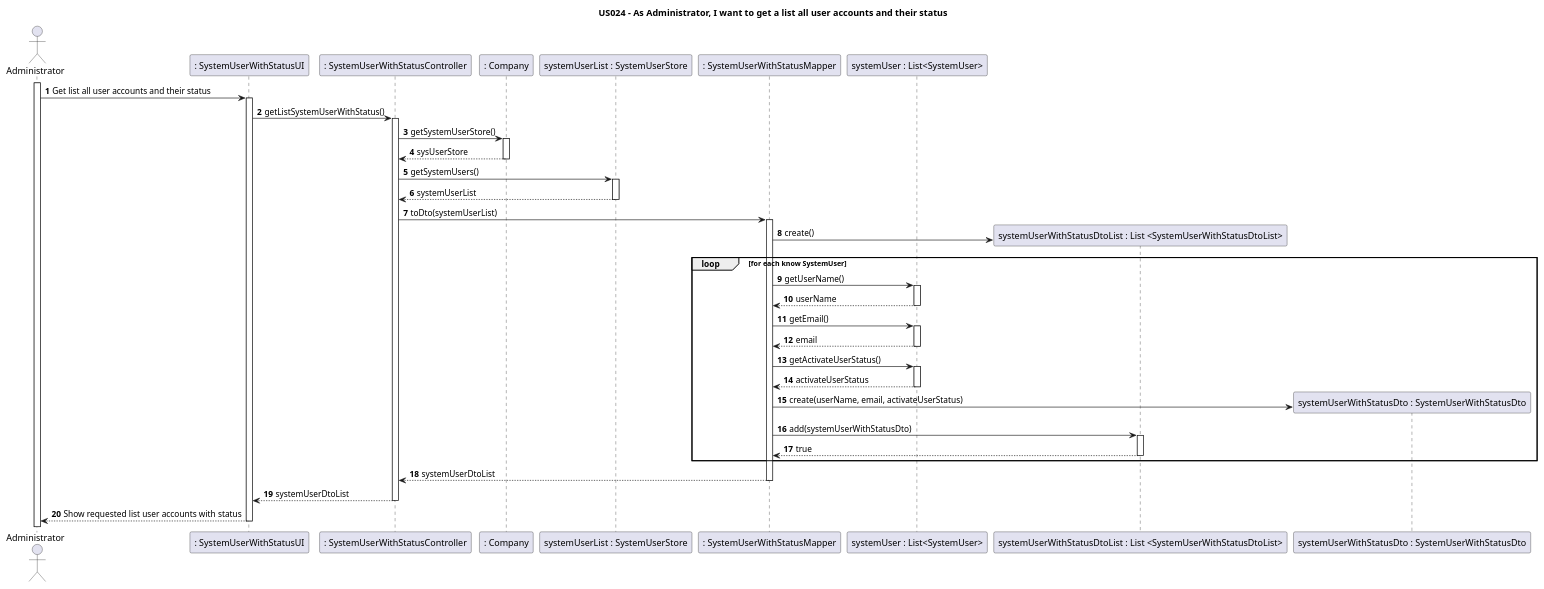
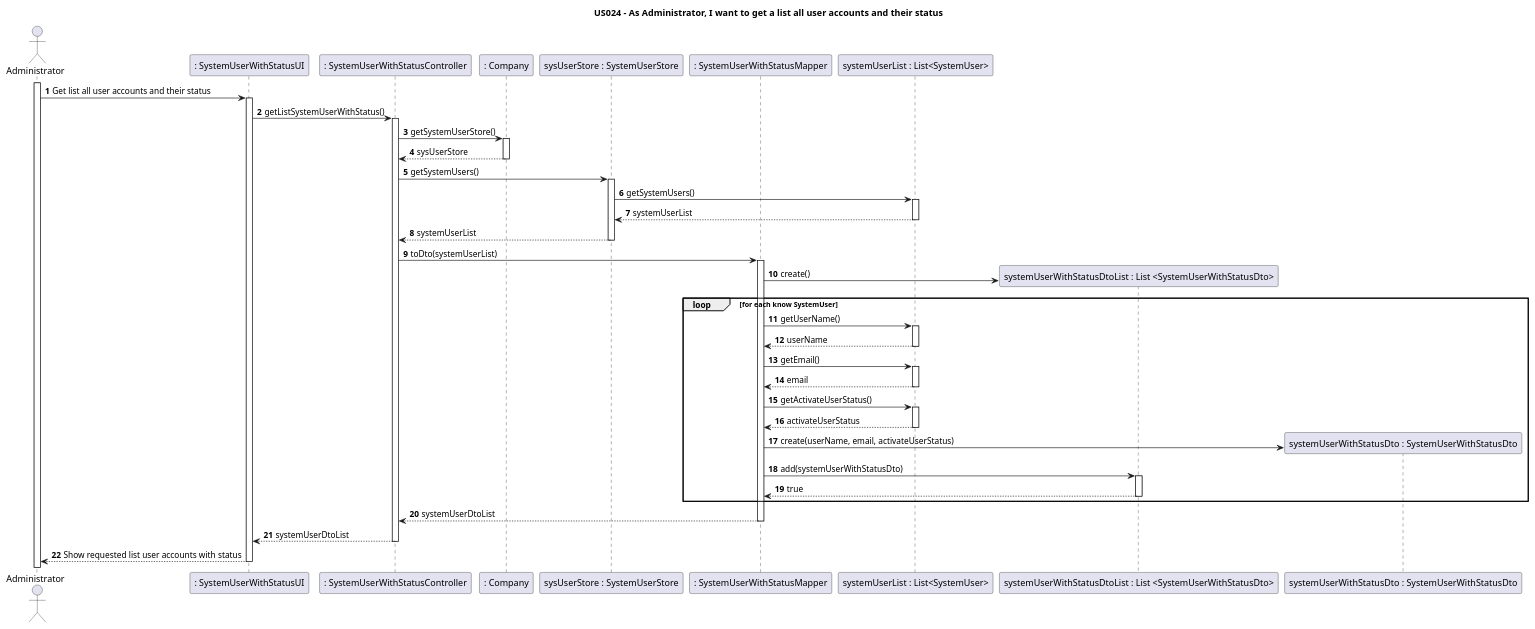
Before and after one commit to nunogon1211787/projectManagement: the diagram in docs/Sprint3/US024/US024-SD.puml, drawn with PlantUML. The commit also changed 3 other files, not shown here.

```diff
--- a/docs/Sprint3/US024/US024-SD.puml
+++ b/docs/Sprint3/US024/US024-SD.puml
@@ -1,49 +1,52 @@
 @startuml
 'https://plantuml.com/sequence-diagram
 
 title US024 - As Administrator, I want to get a list all user accounts and their status
 
 autoactivate on
 autonumber
 
 actor "Administrator" as User
 participant ": SystemUserWithStatusUI" as System
 participant ": SystemUserWithStatusController" as Ctrl
 participant ": Company" as C1
-participant "systemUserList : SystemUserStore" as C2
+participant "sysUserStore : SystemUserStore" as C2
 participant ": SystemUserWithStatusMapper" as C3
-participant "systemUser : List<SystemUser>" as C4
-participant "systemUserWithStatusDtoList : List <SystemUserWithStatusDtoList>" as C5
+participant "systemUserList : List<SystemUser>" as C4
+participant "systemUserWithStatusDtoList : List <SystemUserWithStatusDto>" as C5
 participant "systemUserWithStatusDto : SystemUserWithStatusDto" as C6
 
 
 
 
 activate User
 
 User -> System: Get list all user accounts and their status
 System -> Ctrl: getListSystemUserWithStatus()
 Ctrl-> C1 : getSystemUserStore()
 C1--> Ctrl : sysUserStore
 Ctrl->C2 : getSystemUsers()
+C2->C4 : getSystemUsers()
 
+C4-->C2 : systemUserList
 C2-->Ctrl : systemUserList
+
 Ctrl->C3 :toDto(systemUserList)
 
 C3->C5 **: create()
  loop for each know SystemUser
 C3->C4 : getUserName()
 C4-->C3 : userName
 C3->C4 : getEmail()
 C4-->C3 : email
 C3->C4 : getActivateUserStatus()
 C4-->C3 : activateUserStatus
 C3-> C6 ** : create(userName, email, activateUserStatus)
 C3->C5 : add(systemUserWithStatusDto)
 C5-->C3 : true
 end
 C3-->Ctrl: systemUserDtoList
 Ctrl-->System : systemUserDtoList
 System-->User : Show requested list user accounts with status
 
 @enduml
```
